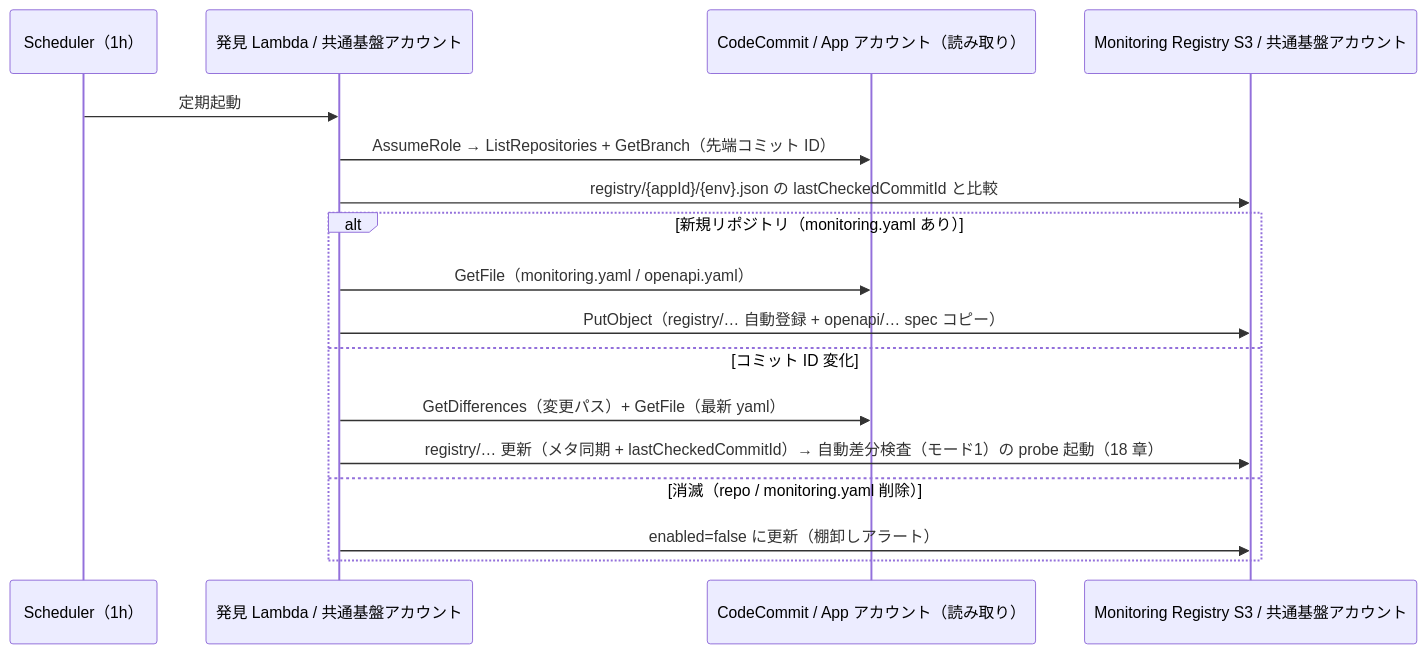
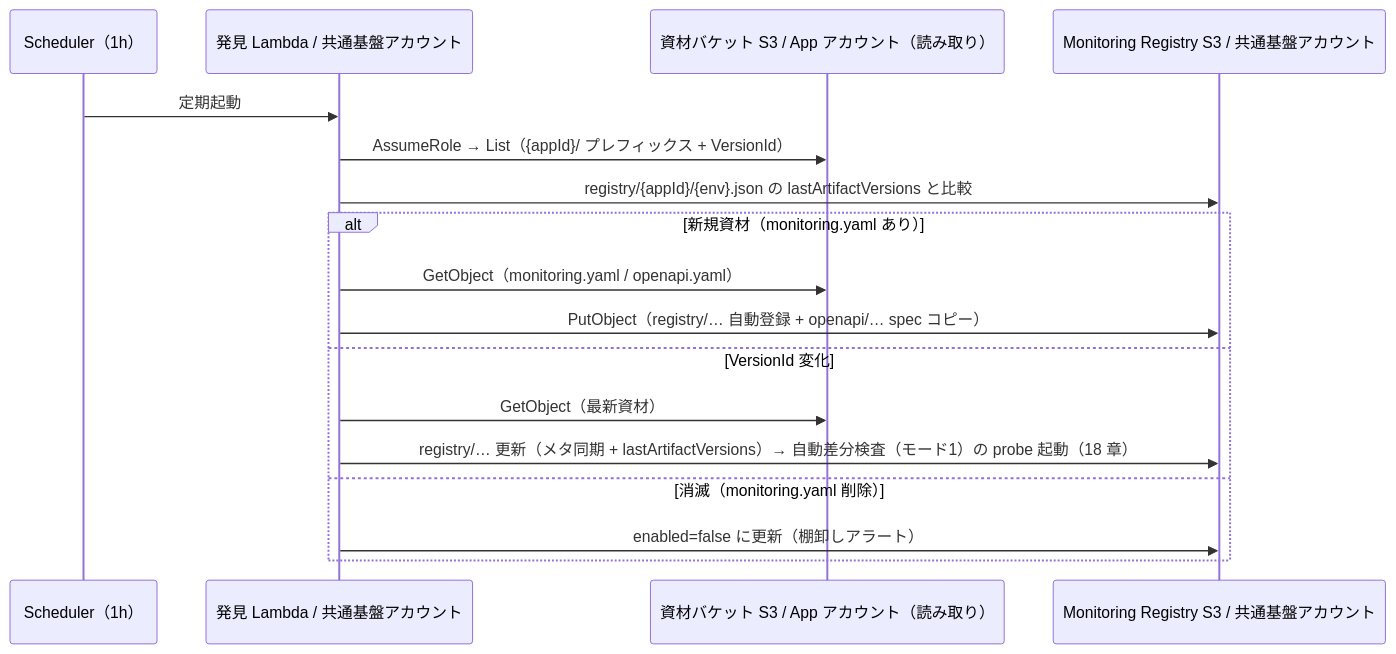
One commit to suepie/aws-atuh-poc changed the diagram in doc/api-platform/basic-design/12-app-registry-design.md. Above: the diagram before and after it, drawn with Mermaid. The commit also changed other lines of this file and 16 other files, not shown here.

````diff
--- a/doc/api-platform/basic-design/12-app-registry-design.md
+++ b/doc/api-platform/basic-design/12-app-registry-design.md
@@ -80,20 +78,20 @@
 ```mermaid
 sequenceDiagram
     participant SCH as Scheduler（1h）
     participant DISC as 発見 Lambda / 共通基盤アカウント
-    participant CC as CodeCommit / App アカウント（読み取り）
+    participant ART as 資材バケット S3 / App アカウント（読み取り）
     participant S3 as Monitoring Registry S3 / 共通基盤アカウント
 
     SCH->>DISC: 定期起動
-    DISC->>CC: AssumeRole → ListRepositories + GetBranch（先端コミット ID）
-    DISC->>S3: registry/{appId}/{env}.json の lastCheckedCommitId と比較
-    alt 新規リポジトリ（monitoring.yaml あり）
-        DISC->>CC: GetFile（monitoring.yaml / openapi.yaml）
+    DISC->>ART: AssumeRole → List（{appId}/ プレフィックス + VersionId）
+    DISC->>S3: registry/{appId}/{env}.json の lastArtifactVersions と比較
+    alt 新規資材（monitoring.yaml あり）
+        DISC->>ART: GetObject（monitoring.yaml / openapi.yaml）
         DISC->>S3: PutObject（registry/… 自動登録 + openapi/… spec コピー）
-    else コミット ID 変化
-        DISC->>CC: GetDifferences（変更パス）+ GetFile（最新 yaml）
-        DISC->>S3: registry/… 更新（メタ同期 + lastCheckedCommitId）→ 自動差分検査（モード1）の probe 起動（18 章）
-    else 消滅（repo / monitoring.yaml 削除）
+    else VersionId 変化
+        DISC->>ART: GetObject（最新資材）
+        DISC->>S3: registry/… 更新（メタ同期 + lastArtifactVersions）→ 自動差分検査（モード1）の probe 起動（18 章）
+    else 消滅（monitoring.yaml 削除）
         DISC->>S3: enabled=false に更新（棚卸しアラート）
     end
 ```
````
